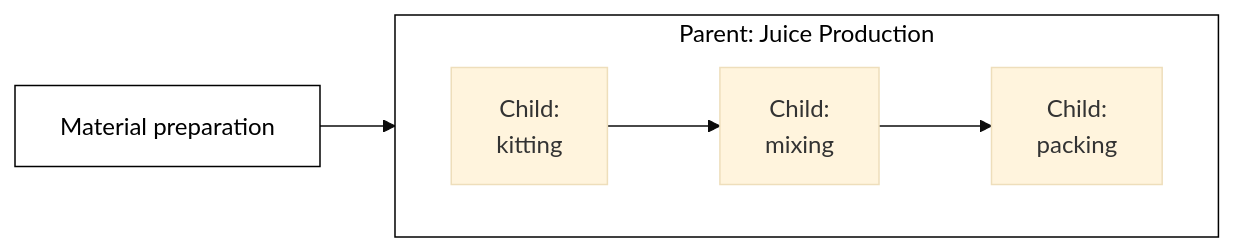
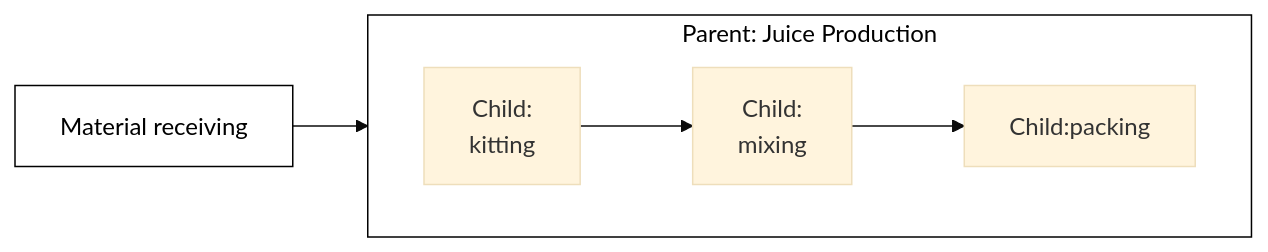
The fifth of 6 diagrams in content/isa-95/models-of-work/process-segments.md (libremfg/rhize-docs), drawn with Mermaid (base theme) before and after one commit. The commit also changed other lines of this file and 1 other file, not shown here.

````diff
--- a/content/isa-95/models-of-work/process-segments.md
+++ b/content/isa-95/models-of-work/process-segments.md
@@ -117,15 +139,15 @@
 ```mermaid
 flowchart LR
     subgraph m[Parent: Juice Production]
     direction LR
         K[Child:<br>kitting] -->
         M[Child:<br>mixing] -->
-        P[Child:<br>packing]
+        P[Child:<!-- <br> -->packing]
     end
-    A[Material preparation] --> m
+    A[Material receiving] --> m
     
  
     classDef box fill:#fff,stroke:#000,stroke-width:1px,color:#000;
     classDef b fill:#fff,stroke:#000,stroke-width:1px,color:#000;
     class A,C,D,N,X,m,T,V box
 ```
````
